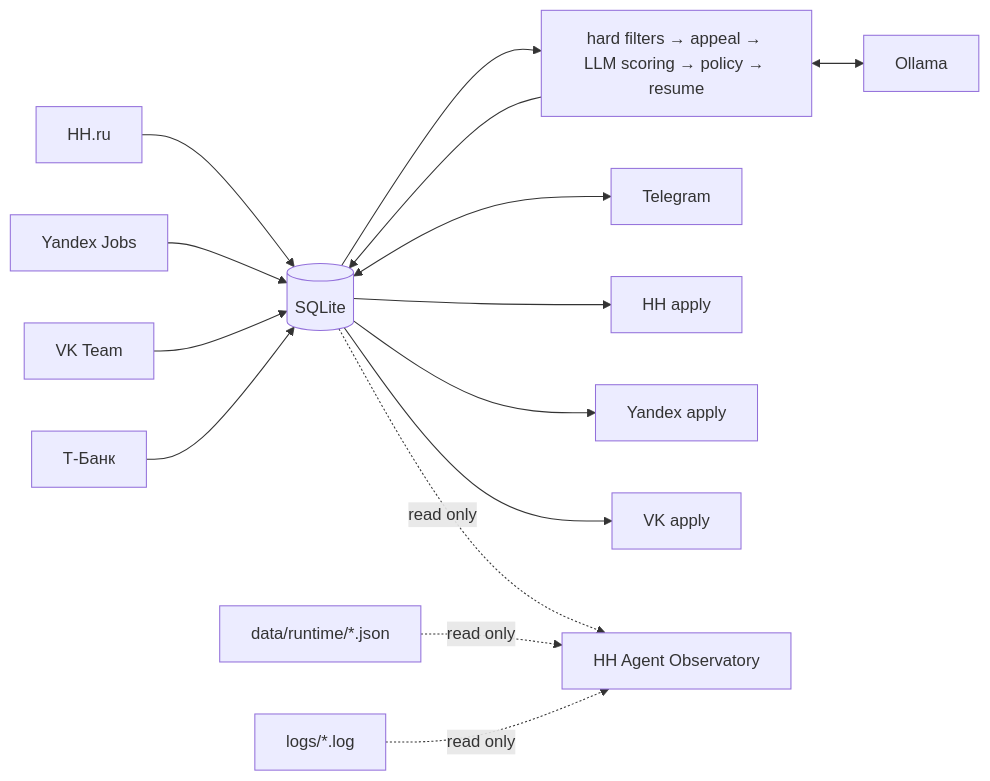
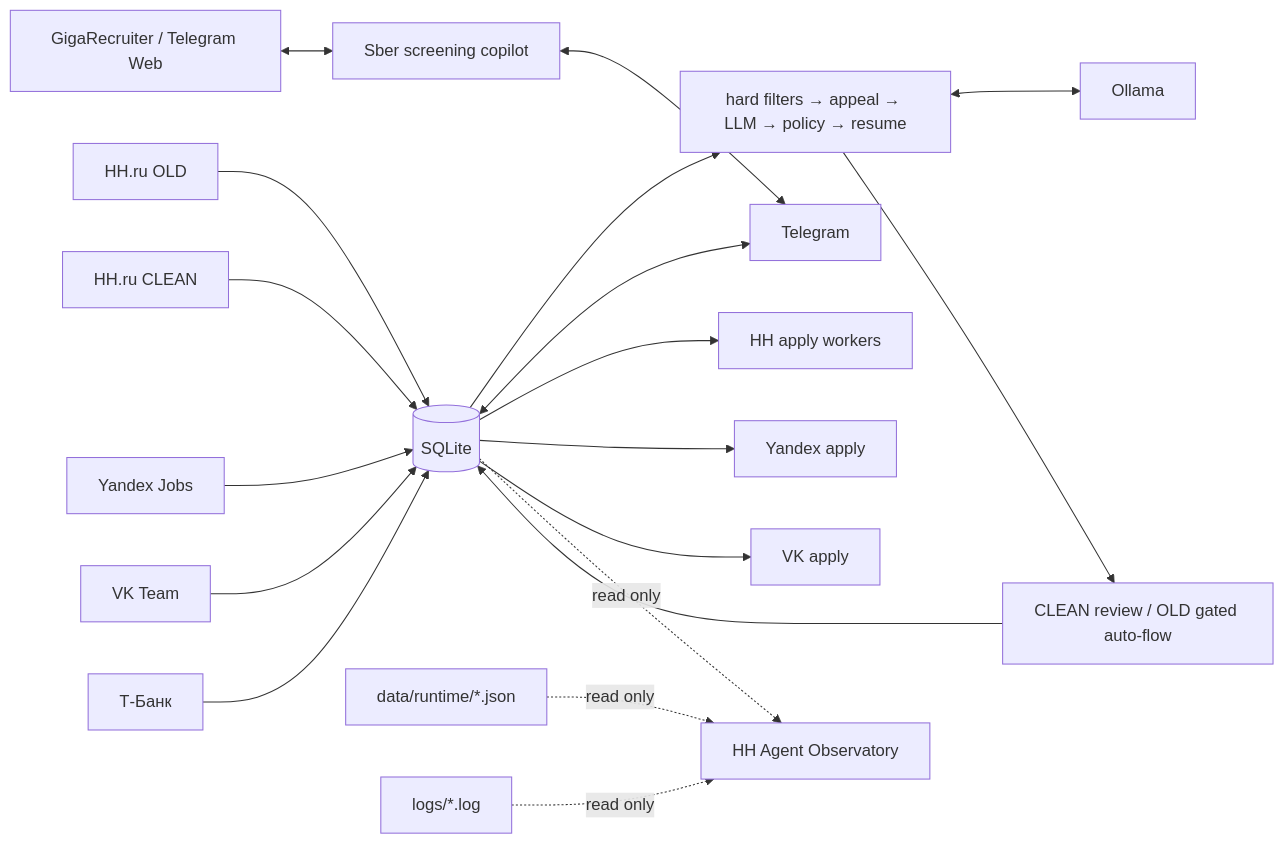
One commit to Xander-Rude/hh-agent changed the first of 2 diagrams in README.md. Above: the diagram before and after it, drawn with Mermaid. The commit also changed other lines of this file, not shown here.

Commit message:
docs: refresh README for current HH Agent flows (#311)

````diff
--- a/README.md
+++ b/README.md
@@ -52,20 +53,25 @@
-```mermaid
+~~~mermaid
 flowchart LR
-    HH[HH.ru] --> DB[(SQLite)]
+    HHO[HH.ru OLD] --> DB[(SQLite)]
+    HHC[HH.ru CLEAN] --> DB
     YA[Yandex Jobs] --> DB
     VK[VK Team] --> DB
     TB[Т-Банк] --> DB
 
-    DB --> EVAL[hard filters → appeal → LLM scoring → policy → resume]
+    DB --> EVAL[hard filters → appeal → LLM → policy → resume]
     EVAL <--> LLM[Ollama]
-    EVAL --> DB
+    EVAL --> ROUTE[CLEAN review / OLD gated auto-flow]
+    ROUTE --> DB
 
     DB <--> TG[Telegram]
-    DB --> HHA[HH apply]
+    DB --> HHA[HH apply workers]
     DB --> YAA[Yandex apply]
     DB --> VKA[VK apply]
+
+    GIGA[GigaRecruiter / Telegram Web] <--> SBER[Sber screening copilot]
+    SBER <--> TG
 
     DB -. read only .-> OBS[HH Agent Observatory]
     RT[data/runtime/*.json] -. read only .-> OBS
     LOGS[logs/*.log] -. read only .-> OBS
-```
+~~~
````
